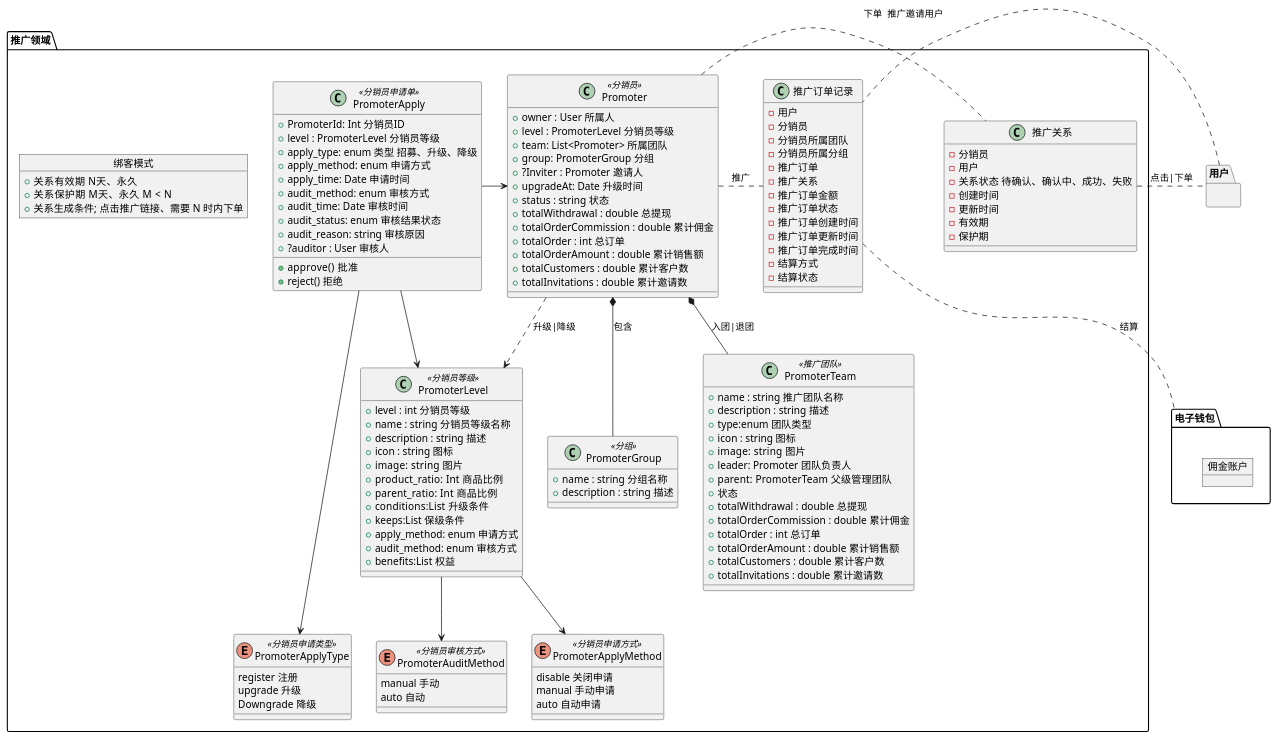
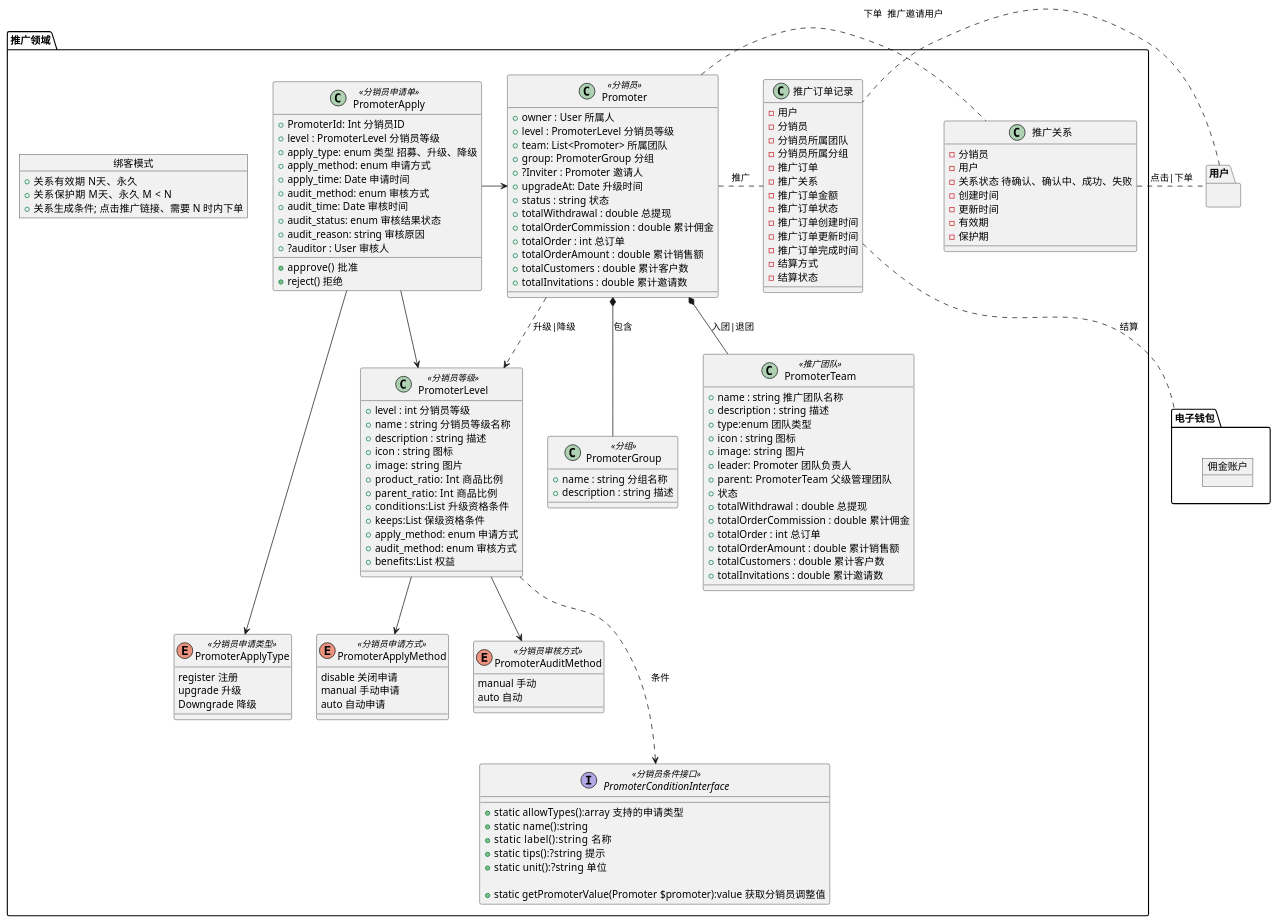
The diagram in docs/distribution/distribution.puml (red-jasmine/framework), drawn with PlantUML before and after one commit. The commit also changed 23 other files, not shown here.

```diff
--- a/docs/distribution/distribution.puml
+++ b/docs/distribution/distribution.puml
@@ -1,165 +1,174 @@
 @startuml
 'https://plantuml.com/class-diagram
 
 package 推广领域{
 
 class PromoterLevel<<分销员等级>> {
 +level : int 分销员等级
 +name : string 分销员等级名称
 +description : string 描述
 +icon : string 图标
 +image:  string 图片
 +product_ratio:  Int 商品比例
 +parent_ratio:  Int 商品比例
-+conditions:List  升级条件
-+keeps:List 保级条件
++conditions:List  升级资格条件
++keeps:List 保级资格条件
 +apply_method: enum 申请方式
 +audit_method: enum 审核方式
 +benefits:List 权益
 }
+PromoterLevel ...> PromoterConditionInterface: 条件
+interface PromoterConditionInterface <<分销员条件接口>>{
++ static  allowTypes():array 支持的申请类型
++ static  name():string
++ static  label():string   名称
++ static  tips():?string 提示
++ static  unit():?string 单位
 
++ static getPromoterValue(Promoter $promoter):value 获取分销员调整值
+}
 
 enum PromoterApplyMethod <<分销员申请方式>>{
 disable 关闭申请
 manual 手动申请
 auto 自动申请
 
 }
 
 enum PromoterAuditMethod <<分销员审核方式>>{
 manual 手动
 auto 自动
 
 }
 PromoterLevel --> PromoterApplyMethod
 PromoterLevel --> PromoterAuditMethod
 class PromoterTeam<<推广团队>>{
 +name : string 推广团队名称
 +description : string 描述
 +type:enum 团队类型
 +icon : string 图标
 +image:  string 图片
 +leader: Promoter 团队负责人
 + parent:  PromoterTeam 父级管理团队
 + 状态
 + totalWithdrawal : double 总提现
 + totalOrderCommission : double 累计佣金
 + totalOrder : int 总订单
 + totalOrderAmount : double 累计销售额
 + totalCustomers : double 累计客户数
 + totalInvitations : double 累计邀请数
 }
 
 class PromoterGroup<<分组>>{
 +name : string 分组名称
 + description : string 描述
 }
 
 class Promoter<<分销员>> {
 + owner : User 所属人
 + level : PromoterLevel 分销员等级
 + team: List<Promoter> 所属团队
 + group: PromoterGroup 分组
 + ?Inviter : Promoter 邀请人
 + upgradeAt: Date 升级时间
 + status : string 状态
 + totalWithdrawal : double 总提现
 + totalOrderCommission : double 累计佣金
 + totalOrder : int 总订单
 + totalOrderAmount : double 累计销售额
 + totalCustomers : double 累计客户数
 + totalInvitations : double 累计邀请数
 }
 
 
 class PromoterApply <<分销员申请单>>{
 +PromoterId: Int 分销员ID
 +level : PromoterLevel 分销员等级
 +apply_type: enum 类型 招募、升级、降级
 +apply_method: enum 申请方式
 +apply_time: Date 申请时间
 +audit_method: enum 审核方式
 +audit_time: Date 审核时间
 +audit_status: enum 审核结果状态
 +audit_reason: string 审核原因
 +?auditor : User 审核人
 
 + approve()  批准
 + reject() 拒绝
 }
 
 enum PromoterApplyType <<分销员申请类型>>{
 register 注册
 upgrade 升级
 Downgrade 降级
 }
 PromoterApply ---> PromoterApplyType
 PromoterApply -> Promoter
 PromoterApply -> PromoterLevel
 class 推广关系{
 - 分销员
 - 用户
 - 关系状态 待确认、确认中、成功、失败
 - 创建时间
 - 更新时间
 - 有效期
 - 保护期
 }
 
 class  推广订单记录{
 - 用户
 - 分销员
 - 分销员所属团队
 - 分销员所属分组
 - 推广订单
 - 推广关系
 - 推广订单金额
 - 推广订单状态
 - 推广订单创建时间
 - 推广订单更新时间
 - 推广订单完成时间
 - 结算方式
 - 结算状态
 }
 
 
 
 
 object 绑客模式{
 +关系有效期  N天、永久
 +关系保护期  M天、永久  M < N
 +关系生成条件; 点击推广链接、需要 N 时内下单
 }
 
 
 
 Promoter *-- PromoterTeam:入团|退团
 
 Promoter *-- PromoterGroup:包含
 
 Promoter ..> PromoterLevel:升级|降级
 
 Promoter . 推广关系:推广邀请用户
 Promoter . 推广订单记录:推广
 
 
 }
 用户 . 推广订单记录:下单
 推广关系 . 用户:点击|下单
 
 推广订单记录 .. 电子钱包:结算
 package 用户{
 
 }
 
 package 电子钱包{
 
 object 佣金账户{
 }
 }
 
 
 
 
 
 @enduml
```
